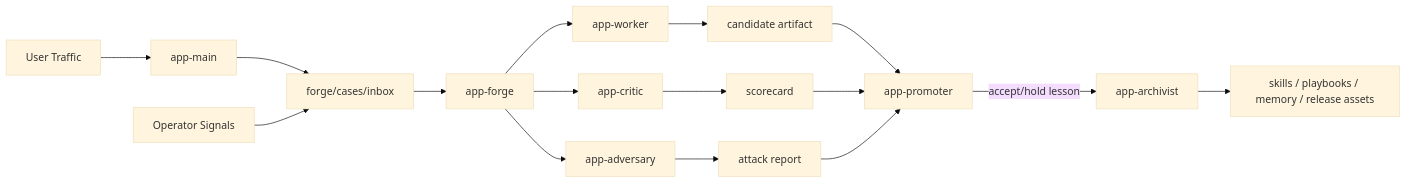
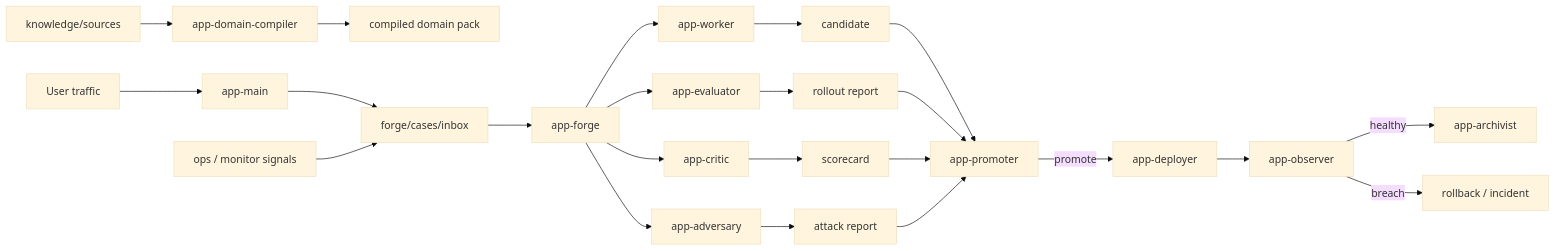
Before and after one commit to mbdtf202-cyber/vertical-agent-forge: the diagram in README.md, drawn with Mermaid (base theme). The commit also changed other lines of this file and 75 other files, not shown here.

````diff
--- a/README.md
+++ b/README.md
@@ -46,18 +75,25 @@
 ```mermaid
 flowchart LR
-  U["User Traffic"] --> M["app-main"]
+  S["knowledge/sources"] --> C["app-domain-compiler"]
+  C --> D["compiled domain pack"]
+  U["User traffic"] --> M["app-main"]
   M --> I["forge/cases/inbox"]
-  O["Operator Signals"] --> I
+  O["ops / monitor signals"] --> I
   I --> F["app-forge"]
   F --> W["app-worker"]
-  F --> C["app-critic"]
+  F --> E["app-evaluator"]
+  F --> R["app-critic"]
   F --> A["app-adversary"]
-  W --> K["candidate artifact"]
-  C --> S["scorecard"]
-  A --> R["attack report"]
+  W --> K["candidate"]
+  E --> Y["rollout report"]
+  R --> S1["scorecard"]
+  A --> T["attack report"]
   K --> P["app-promoter"]
-  S --> P
-  R --> P
-  P -->|accept/hold lesson| H["app-archivist"]
-  H --> D["skills / playbooks / memory / release assets"]
+  Y --> P
+  S1 --> P
+  T --> P
+  P -->|promote| X["app-deployer"]
+  X --> Z["app-observer"]
+  Z -->|healthy| H["app-archivist"]
+  Z -->|breach| B["rollback / incident"]
 ```
````
